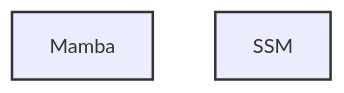
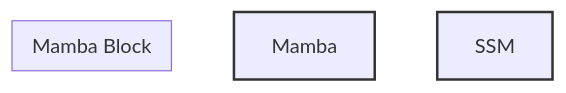
One commit to PsyduckNpc/iodraw-files changed the diagram in all/未命名.md. Above: the diagram before and after it, drawn with Mermaid.

Commit message:
2025-09-28 14:08:20 update

````diff
--- a/all/未命名.md
+++ b/all/未命名.md
@@ -1,8 +1,10 @@
 ```mermaid
 graph TD
-    
+    subgraph Mamba Block
+        
+    end
 
     %% --- Styling ---
     style Mamba Block fill:#f9f,stroke:#333,stroke-width:2px
     style SSM Core Engine fill:#bdf,stroke:#333,stroke-width:2px
 ```
````
